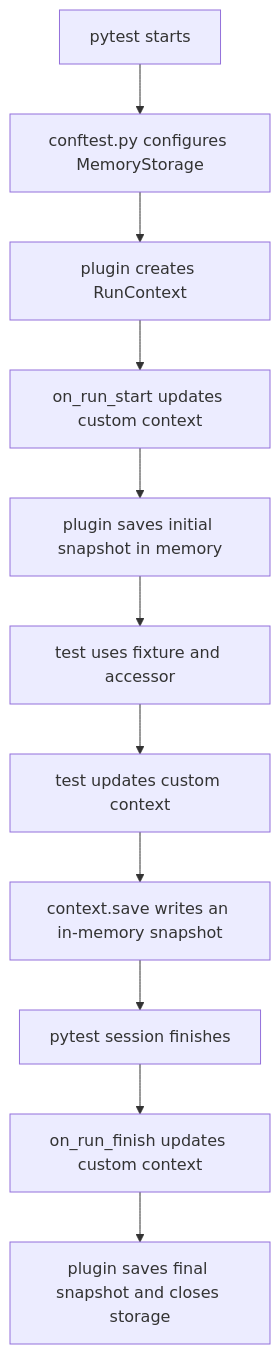
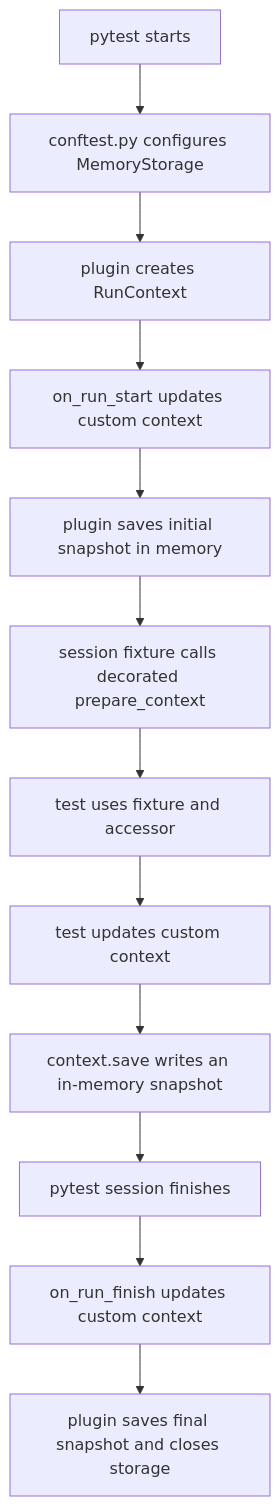
Before and after one commit to fomenko-ai/pytest-run-context: the diagram in examples/memory_storage/README.md, drawn with Mermaid. The commit also changed 35 other files, not shown here.

````diff
--- a/examples/memory_storage/README.md
+++ b/examples/memory_storage/README.md
@@ -9,13 +9,14 @@
 ```mermaid
 flowchart TD
     A[pytest starts] --> B[conftest.py configures MemoryStorage]
     B --> C[plugin creates RunContext]
     C --> D[on_run_start updates custom context]
     D --> E[plugin saves initial snapshot in memory]
-    E --> F[test uses fixture and accessor]
+    E --> P[session fixture calls decorated prepare_context]
+    P --> F[test uses fixture and accessor]
     F --> G[test updates custom context]
     G --> H[context.save writes an in-memory snapshot]
     H --> I[pytest session finishes]
     I --> J[on_run_finish updates custom context]
     J --> K[plugin saves final snapshot and closes storage]
 ```
````
